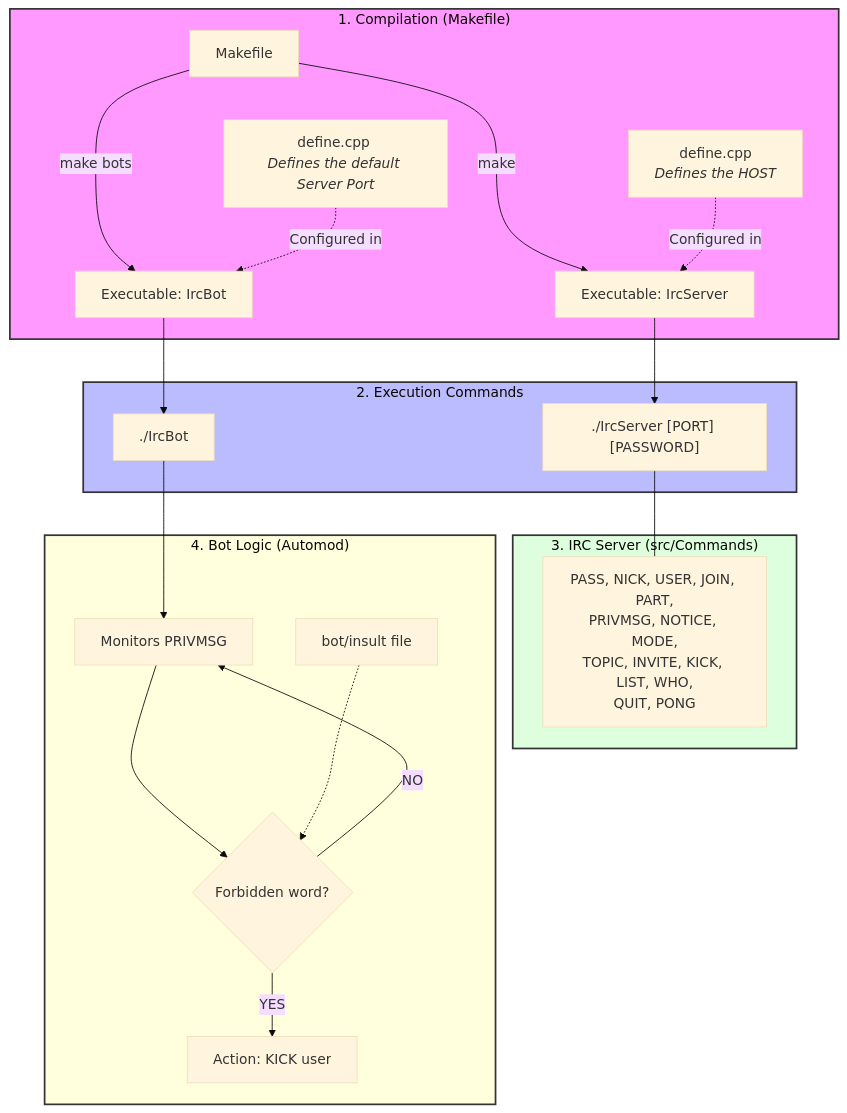
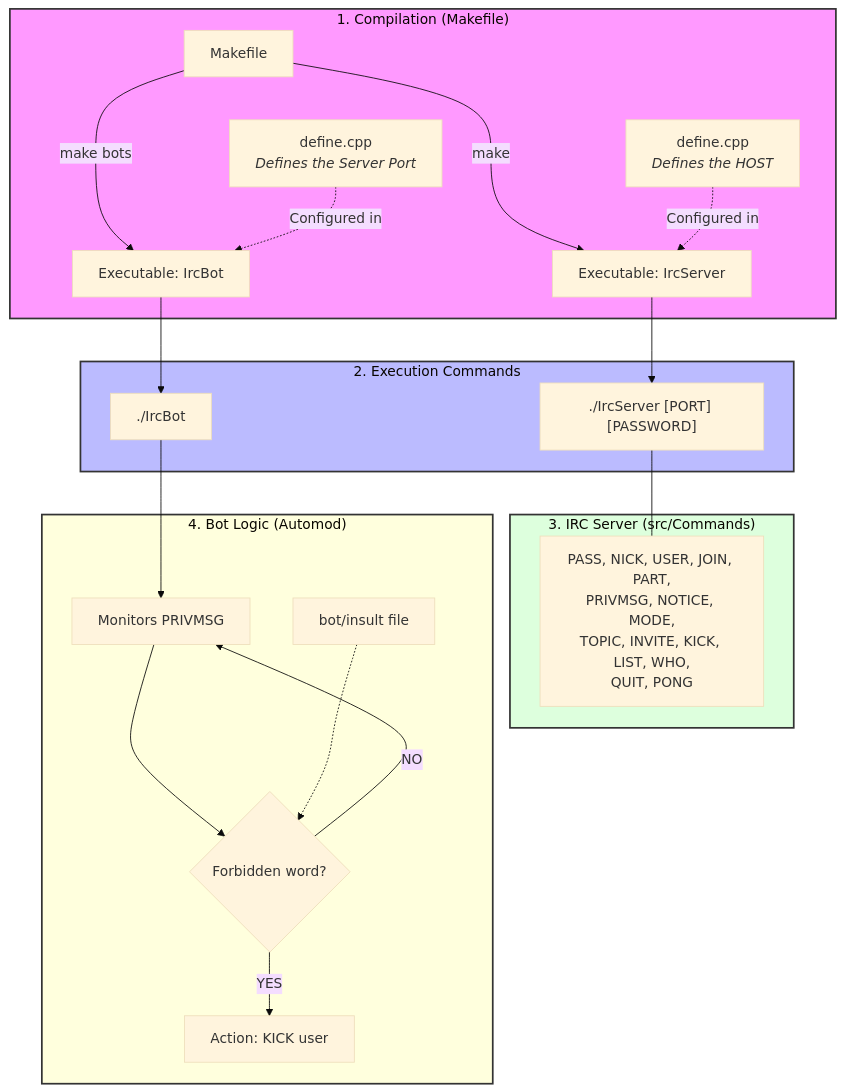
One commit to polodu13160/IrcServer changed the diagram in README.md. Above: the diagram before and after it, drawn with Mermaid (base theme). The commit also changed other lines of this file, not shown here.

````diff
--- a/README.md
+++ b/README.md
@@ -6,53 +36,53 @@
 ```mermaid 
 
 graph TD
     %% 1. Compilation
     subgraph Compilation ["1. Compilation (Makefile)"]
         M[Makefile]
         HOST[define.cpp <br/><i>Defines the HOST</i>]
-        PORT[define.cpp <br/><i>Defines the default Server Port</i>]
+        PORT[define.cpp <br/><i>Defines the Server Port</i>]
         
         M --->|make| S_BIN["Executable: IrcServer"]
         M --->|make bots| B_BIN["Executable: IrcBot"]
         
         HOST -.->|Configured in| S_BIN
         PORT -.->|Configured in| B_BIN
     end
 
     %% 2. Execution
     subgraph Execution ["2. Execution Commands"]
         S_RUN["./IrcServer [PORT] [PASSWORD]"]
         B_RUN["./IrcBot"]
     end
 
     S_BIN --> S_RUN
     B_BIN --> B_RUN
 
     %% 3. Server Commands
     subgraph Server ["3. IRC Server (src/Commands)"]
         CMDS["PASS, NICK, USER, JOIN, PART,<br>PRIVMSG, NOTICE, MODE,<br>TOPIC, INVITE, KICK, LIST, WHO,<br>QUIT, PONG"]
     end
 
     S_RUN --- CMDS
 
     %% 4. Bot Logic
     subgraph Bot ["4. Bot Logic (Automod)"]
         LISTEN["Monitors PRIVMSG"]
         FILE["bot/insult file"]
         CHECK{"Forbidden word?"}
         KICK_CMD["Action: KICK user"]
 
         B_RUN --> LISTEN
         LISTEN --> CHECK
         FILE -.-> CHECK
         CHECK -- YES --> KICK_CMD
         CHECK -- NO --> LISTEN
     end
 
     %% Style
     style Compilation fill:#f9f,stroke:#333,stroke-width:2px
     style Execution fill:#bbf,stroke:#333,stroke-width:2px
     style Server fill:#dfd,stroke:#333,stroke-width:2px
     style Bot fill:#ffd,stroke:#333,stroke-width:2px
 
 ```
````
